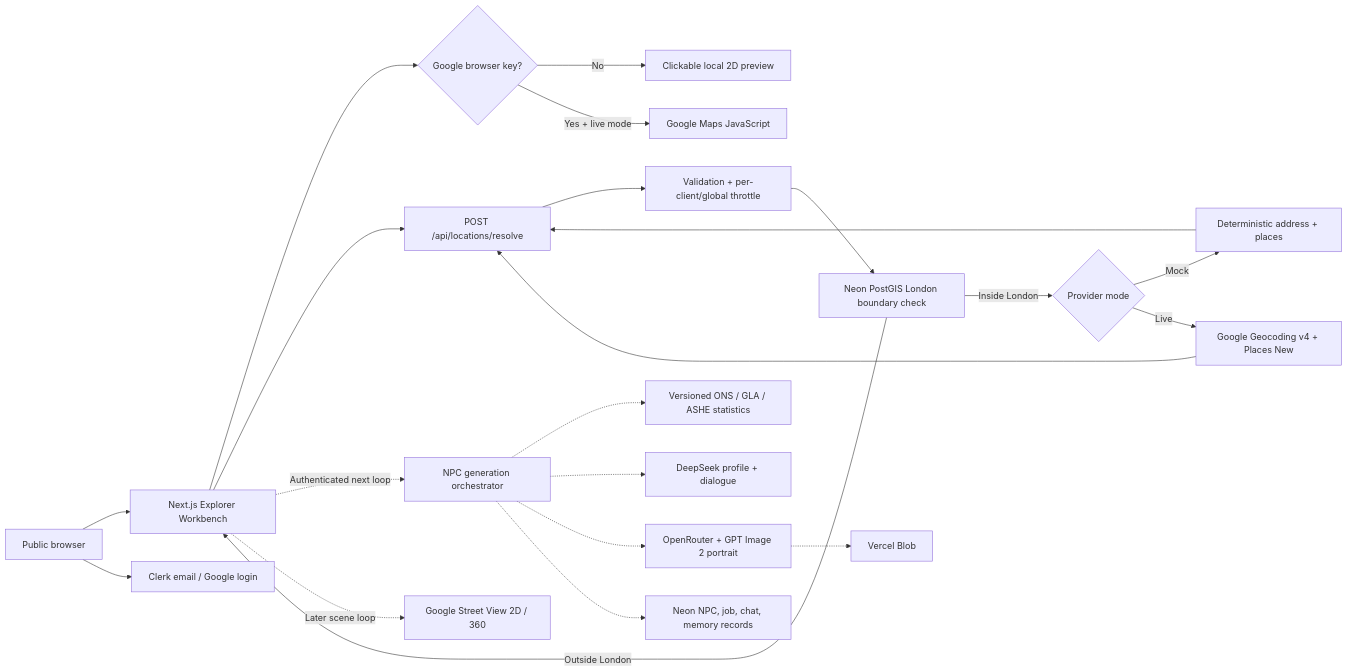
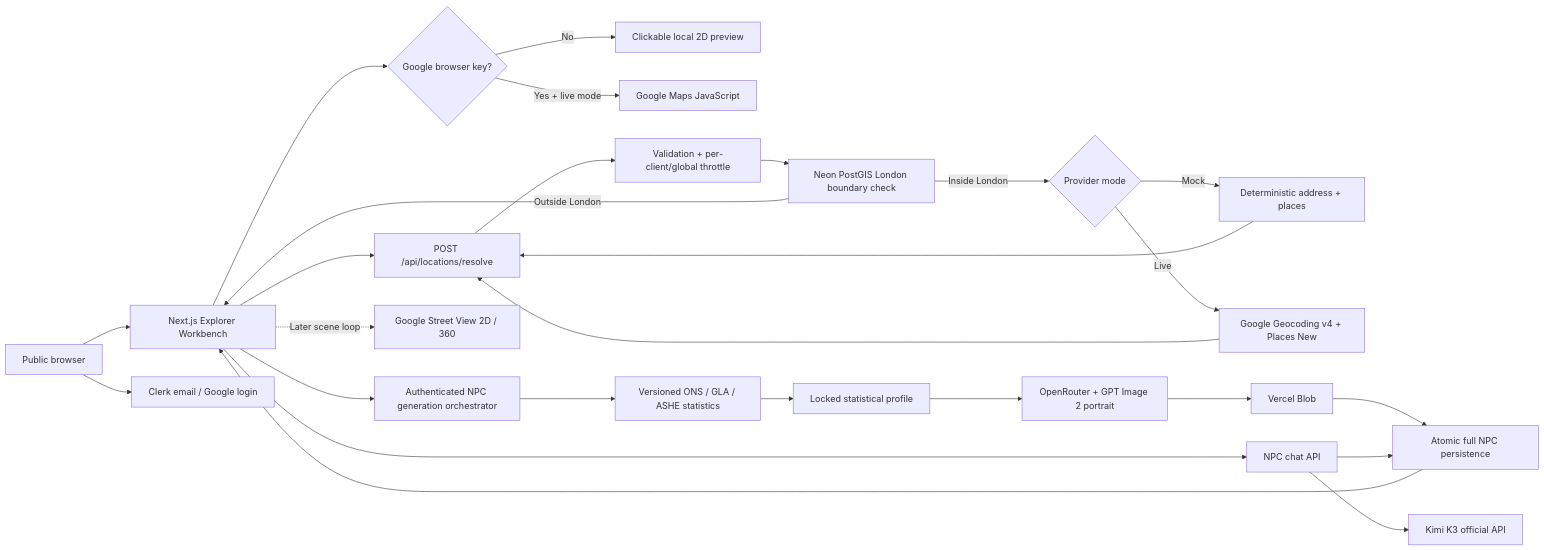
One commit to MrParamecium/london-npc-explorer changed the diagram in docs/architecture.md. Above: the diagram before and after it, drawn with Mermaid. The commit also changed other lines of this file and 1 other file, not shown here.

Commit message:
docs: record NPC portrait pipeline

````diff
--- a/docs/architecture.md
+++ b/docs/architecture.md
@@ -6,27 +7,32 @@
 ```mermaid
 flowchart LR
     USER["Public browser"] --> UI["Next.js Explorer Workbench"]
     USER --> CLERK["Clerk email / Google login"]
 
     UI --> MAP{"Google browser key?"}
     MAP -->|"No"| MOCKMAP["Clickable local 2D preview"]
     MAP -->|"Yes + live mode"| GMAP["Google Maps JavaScript"]
 
     UI --> LOCAPI["POST /api/locations/resolve"]
     LOCAPI --> LIMIT["Validation + per-client/global throttle"]
     LIMIT --> POSTGIS["Neon PostGIS London boundary check"]
     POSTGIS -->|"Outside London"| UI
     POSTGIS -->|"Inside London"| PROVIDER{"Provider mode"}
     PROVIDER -->|"Mock"| MOCKLOC["Deterministic address + places"]
     PROVIDER -->|"Live"| GOOGLE["Google Geocoding v4 + Places New"]
     MOCKLOC --> LOCAPI
     GOOGLE --> LOCAPI
 
-    UI -. "Authenticated next loop" .-> GENERATE["NPC generation orchestrator"]
-    GENERATE -.-> STATS["Versioned ONS / GLA / ASHE statistics"]
-    GENERATE -.-> DEEPSEEK["DeepSeek profile + dialogue"]
-    GENERATE -.-> IMAGE["OpenRouter + GPT Image 2 portrait"]
-    GENERATE -.-> DB["Neon NPC, job, chat, memory records"]
-    IMAGE -.-> BLOB["Vercel Blob"]
+    UI --> GENERATE["Authenticated NPC generation orchestrator"]
+    GENERATE --> STATS["Versioned ONS / GLA / ASHE statistics"]
+    STATS --> PROFILE["Locked statistical profile"]
+    PROFILE --> IMAGE["OpenRouter + GPT Image 2 portrait"]
+    IMAGE --> BLOB["Vercel Blob"]
+    BLOB --> DB["Atomic full NPC persistence"]
+    DB --> UI
+
+    UI --> CHAT["NPC chat API"]
+    CHAT --> KIMI["Kimi K3 official API"]
+    CHAT --> DB
     UI -. "Later scene loop" .-> STREET["Google Street View 2D / 360"]
 ```
````
